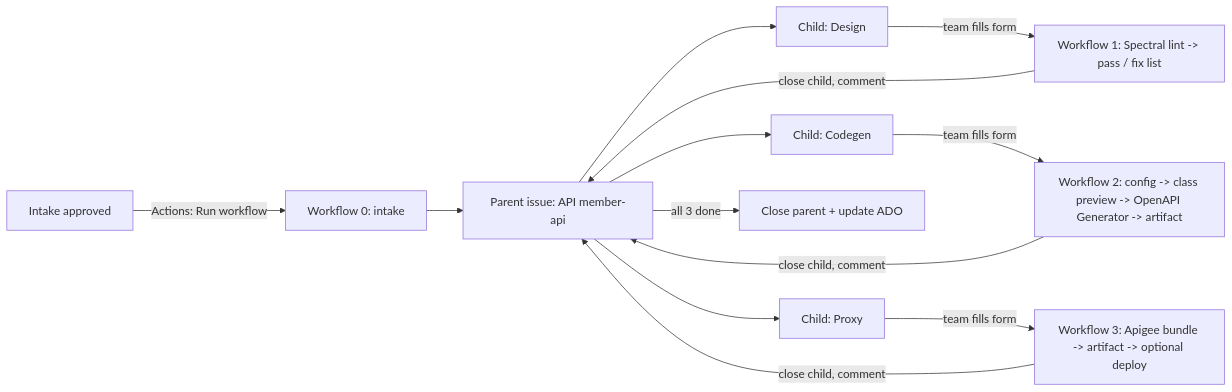
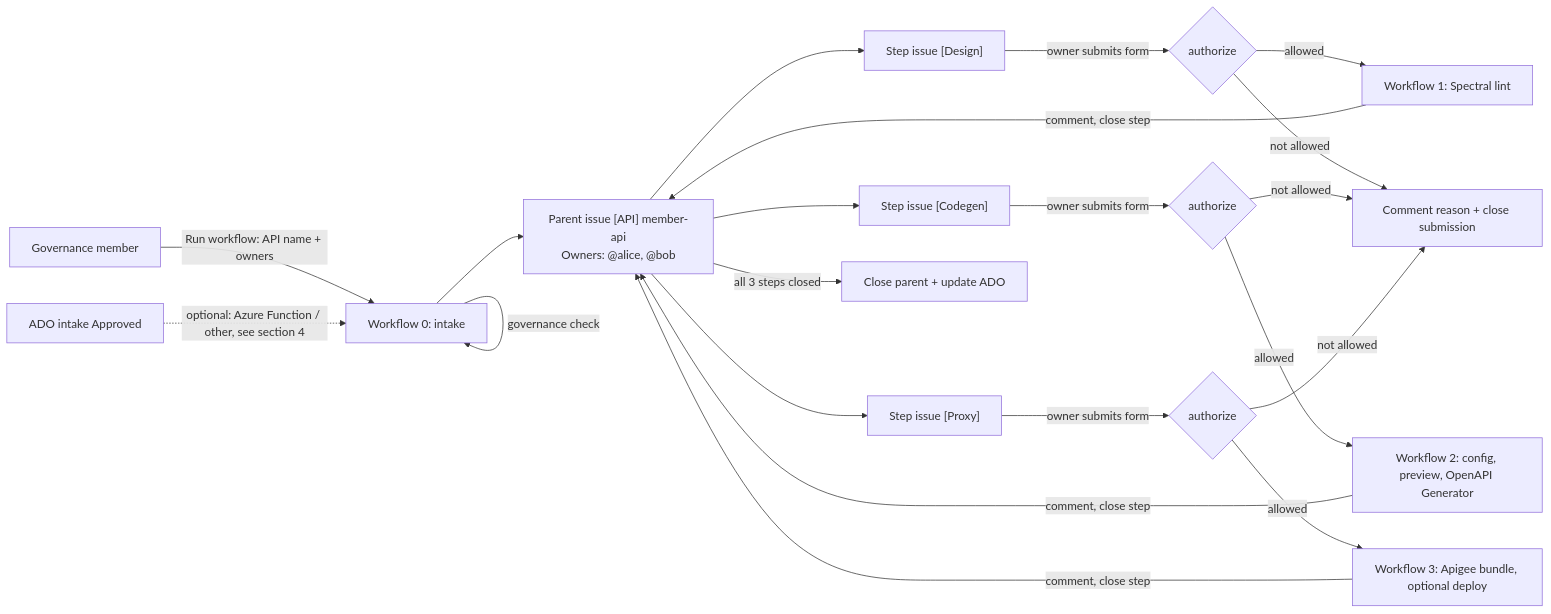
Before and after one commit to deepaksetiaorg/api-onboarding-poc: the first of 2 diagrams in README.md, drawn with Mermaid. The commit also changed other lines of this file, not shown here.

Commit message:
Complete documentation: design, approach, setup, usage and test guide

````diff
--- a/README.md
+++ b/README.md
@@ -9,13 +37,19 @@
 ```mermaid
 flowchart LR
-    A[Intake approved] -->|Actions: Run workflow| C[Workflow 0: intake]
-    C --> P[Parent issue: API member-api]
-    P --> D[Child: Design]
-    P --> G[Child: Codegen]
-    P --> X[Child: Proxy]
-    D -->|team fills form| D1[Workflow 1: Spectral lint -> pass / fix list]
-    G -->|team fills form| G1[Workflow 2: config -> class preview -> OpenAPI Generator -> artifact]
-    X -->|team fills form| X1[Workflow 3: Apigee bundle -> artifact -> optional deploy]
-    D1 & G1 & X1 -->|close child, comment| P
-    P -->|all 3 done| Z[Close parent + update ADO]
+    GOV[Governance member] -->|Run workflow: API name + owners| C[Workflow 0: intake]
+    ADO[ADO intake Approved] -.->|optional: Azure Function / other, see section 4| C
+    C -->|governance check| C
+    C --> P["Parent issue [API] member-api<br/>Owners: @alice, @bob"]
+    P --> D["Step issue [Design]"]
+    P --> G["Step issue [Codegen]"]
+    P --> X["Step issue [Proxy]"]
+    D -->|owner submits form| A1{authorize}
+    G -->|owner submits form| A2{authorize}
+    X -->|owner submits form| A3{authorize}
+    A1 -->|allowed| D1[Workflow 1: Spectral lint]
+    A2 -->|allowed| G1[Workflow 2: config, preview, OpenAPI Generator]
+    A3 -->|allowed| X1[Workflow 3: Apigee bundle, optional deploy]
+    A1 & A2 & A3 -->|not allowed| R[Comment reason + close submission]
+    D1 & G1 & X1 -->|comment, close step| P
+    P -->|all 3 steps closed| Z[Close parent + update ADO]
 ```
````
